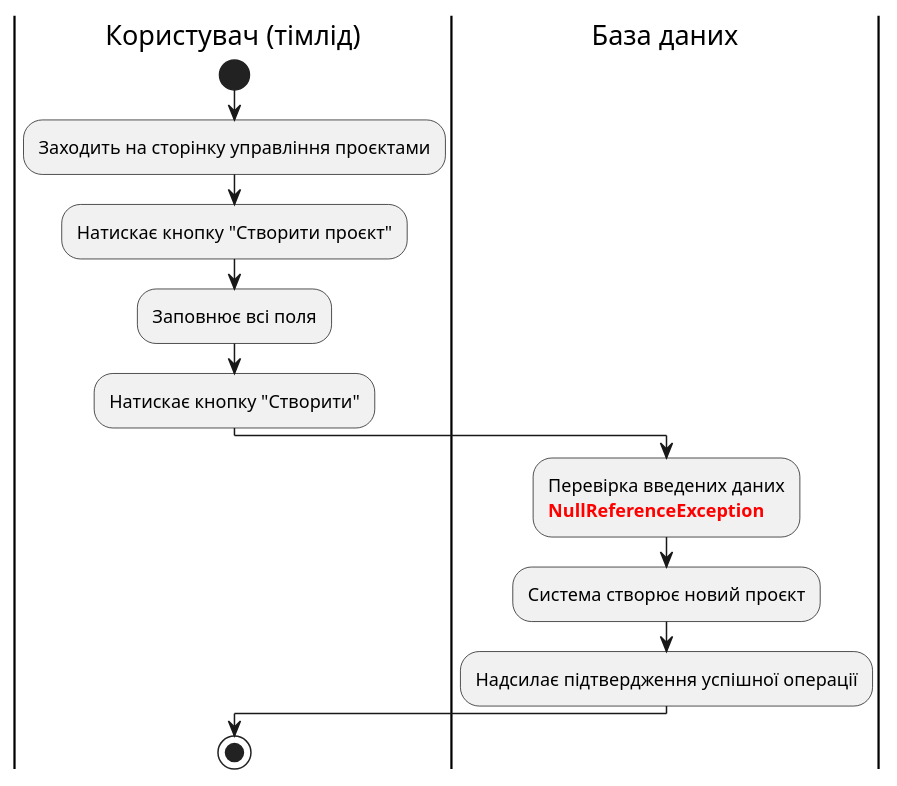
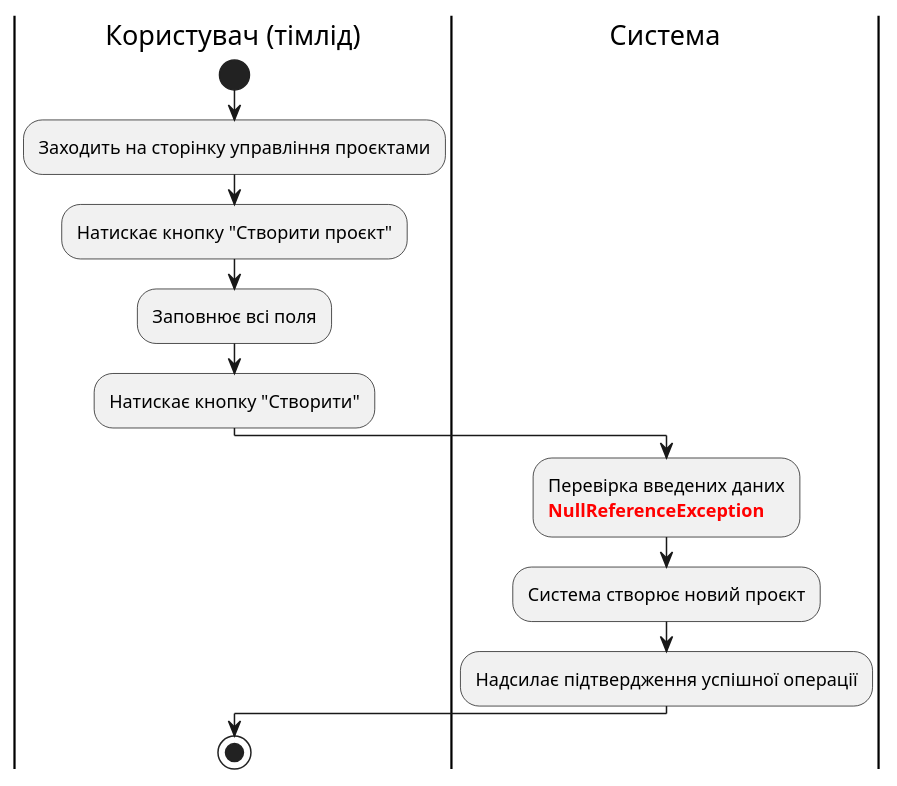
The ninth of 16 diagrams in docs/use cases/README.md (ppvictoriaaa/db-team4-io24), drawn with PlantUML before and after one commit. The commit also changed other lines of this file, not shown here.

```diff
--- a/docs/use cases/README.md
+++ b/docs/use cases/README.md
@@ -301,19 +301,19 @@
 @startuml
 
     |Користувач (тімлід)|
     start;
     :Заходить на сторінку управління проєктами;
     :Натискає кнопку "Створити проєкт";
     :Заповнює всі поля;
     :Натискає кнопку "Створити";
 
-    |База даних|
+    |Система|
     :Перевірка введених даних
     <font color="red">**NullReferenceException**;
     :Система створює новий проєкт;
     :Надсилає підтвердження успішної операції;
 
     |Користувач (тімлід)|
     stop;
 
 @enduml
```
